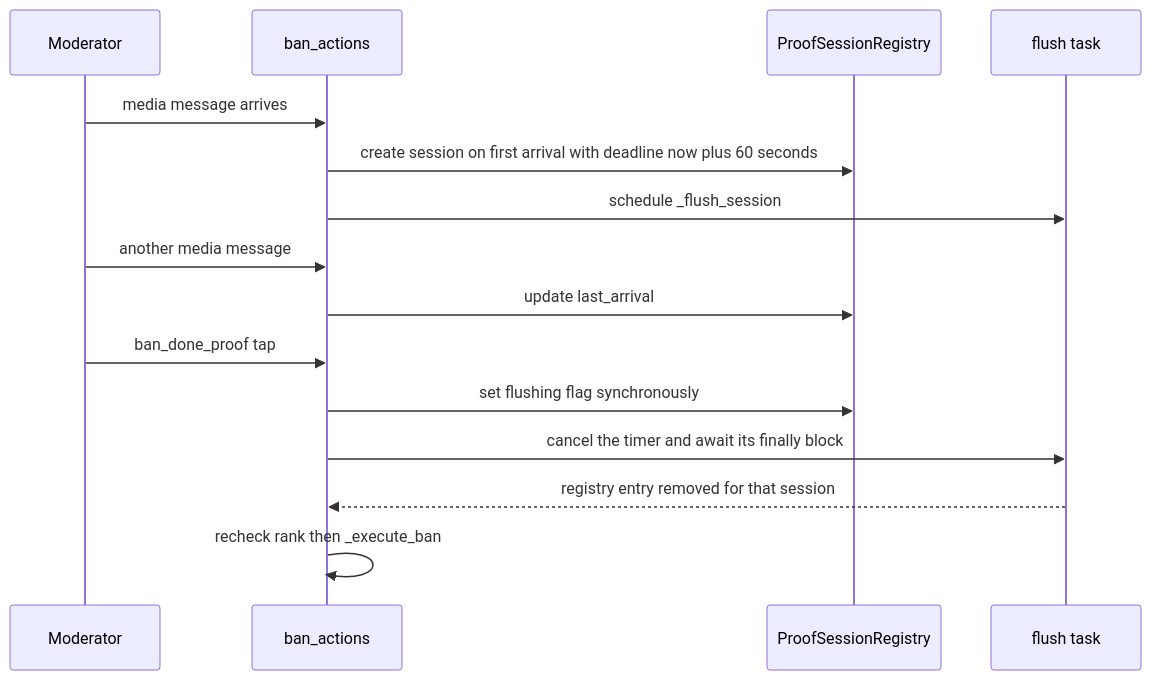
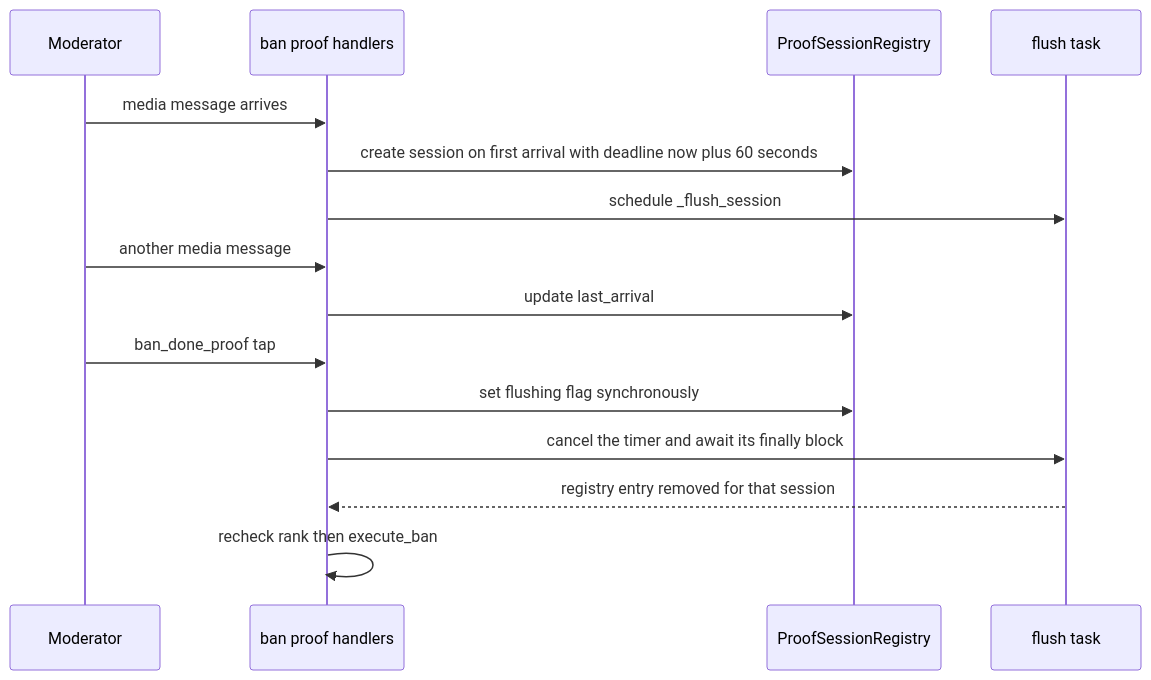
One commit to D1ZZY4/tcbot changed the second of 4 diagrams in docs/flows/proof.md. Above: the diagram before and after it, drawn with Mermaid. The commit also changed other lines of this file and 24 other files, not shown here.

````diff
--- a/docs/flows/proof.md
+++ b/docs/flows/proof.md
@@ -61,17 +61,17 @@
 ```mermaid
 sequenceDiagram
     participant Mod as Moderator
-    participant Flow as ban_actions
+    participant Flow as ban proof handlers
     participant Reg as ProofSessionRegistry
     participant Timer as flush task
     Mod->>Flow: media message arrives
     Flow->>Reg: create session on first arrival with deadline now plus 60 seconds
     Flow->>Timer: schedule _flush_session
     Mod->>Flow: another media message
     Flow->>Reg: update last_arrival
     Mod->>Flow: ban_done_proof tap
     Flow->>Reg: set flushing flag synchronously
     Flow->>Timer: cancel the timer and await its finally block
     Timer-->>Flow: registry entry removed for that session
-    Flow->>Flow: recheck rank then _execute_ban
+    Flow->>Flow: recheck rank then execute_ban
 ```
````
